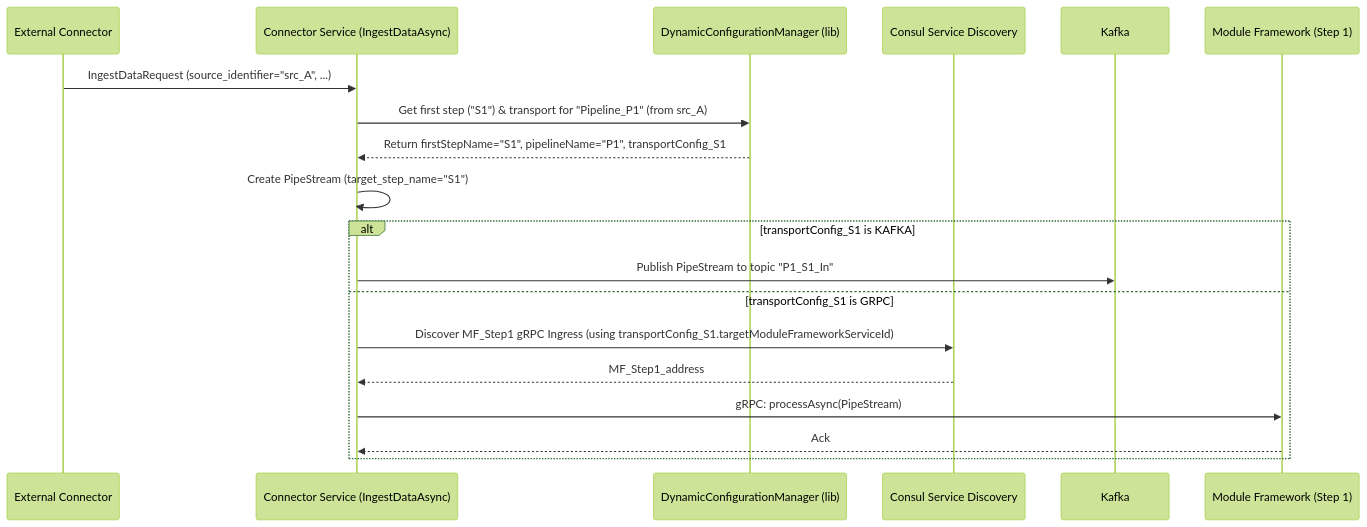
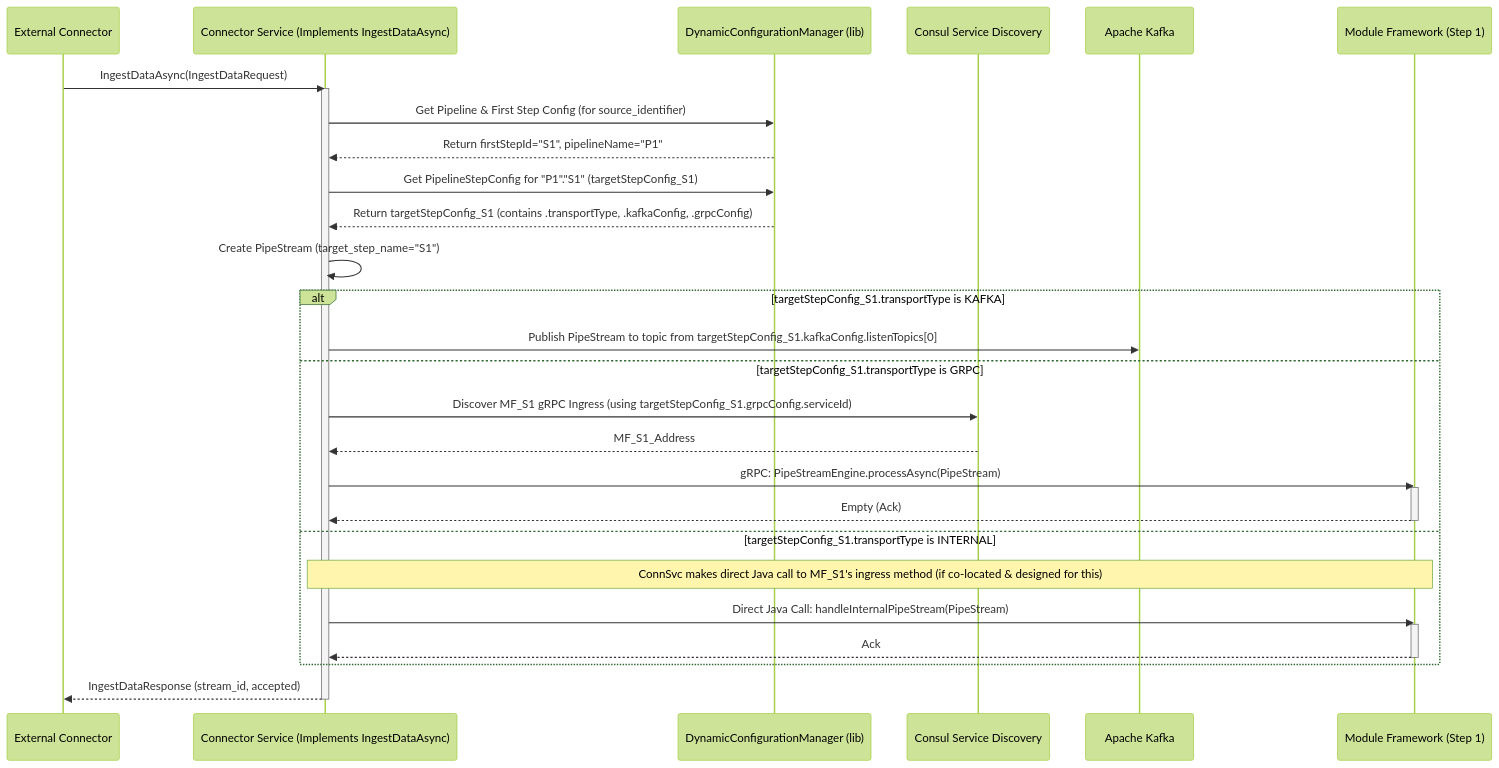
Before and after one commit to krickert/micronaut-multiproject-example: the fourth of 5 diagrams in docs/architecture_overview.md, drawn with Mermaid (forest theme). The commit also changed other lines of this file and 1 other file, not shown here.

````diff
--- a/docs/architecture_overview.md
+++ b/docs/architecture_overview.md
@@ -177,23 +323,36 @@
 ```mermaid
 sequenceDiagram
-    participant ExtConnector as External Connector
-    participant ConnectorService as Connector Service (IngestDataAsync)
+    participant ExtConn as External Connector
+    participant ConnSvc as Connector Service (Implements IngestDataAsync)
     participant DCM_CS as DynamicConfigurationManager (lib)
     participant Consul_SD as Consul Service Discovery
-    participant Kafka
-    participant MF_Step1 as Module Framework (Step 1)
+    participant KafkaBus as Apache Kafka
+    participant MF_S1 as Module Framework (Step 1)
 
-    ExtConnector->>ConnectorService: IngestDataRequest (source_identifier="src_A", ...)
-    ConnectorService->>DCM_CS: Get first step ("S1") & transport for "Pipeline_P1" (from src_A)
-    DCM_CS-->>ConnectorService: Return firstStepName="S1", pipelineName="P1", transportConfig_S1
-    ConnectorService->>ConnectorService: Create PipeStream (target_step_name="S1")
+    ExtConn->>ConnSvc: IngestDataAsync(IngestDataRequest)
+    activate ConnSvc
+    ConnSvc->>DCM_CS: Get Pipeline & First Step Config (for source_identifier)
+    DCM_CS-->>ConnSvc: Return firstStepId="S1", pipelineName="P1"
+    ConnSvc->>DCM_CS: Get PipelineStepConfig for "P1"."S1" (targetStepConfig_S1)
+    DCM_CS-->>ConnSvc: Return targetStepConfig_S1 (contains .transportType, .kafkaConfig, .grpcConfig)
+    ConnSvc->>ConnSvc: Create PipeStream (target_step_name="S1")
 
-    alt transportConfig_S1 is KAFKA
-        ConnectorService->>Kafka: Publish PipeStream to topic "P1_S1_In"
-    else transportConfig_S1 is GRPC
-        ConnectorService->>Consul_SD: Discover MF_Step1 gRPC Ingress (using transportConfig_S1.targetModuleFrameworkServiceId)
-        Consul_SD-->>ConnectorService: MF_Step1_address
-        ConnectorService->>MF_Step1: gRPC: processAsync(PipeStream)
-        MF_Step1-->>ConnectorService: Ack
+    alt targetStepConfig_S1.transportType is KAFKA
+        ConnSvc->>KafkaBus: Publish PipeStream to topic from targetStepConfig_S1.kafkaConfig.listenTopics[0]
+    else targetStepConfig_S1.transportType is GRPC
+        ConnSvc->>Consul_SD: Discover MF_S1 gRPC Ingress (using targetStepConfig_S1.grpcConfig.serviceId)
+        Consul_SD-->>ConnSvc: MF_S1_Address
+        ConnSvc->>MF_S1: gRPC: PipeStreamEngine.processAsync(PipeStream)
+        activate MF_S1
+        MF_S1-->>ConnSvc: Empty (Ack)
+        deactivate MF_S1
+    else targetStepConfig_S1.transportType is INTERNAL
+        Note over ConnSvc, MF_S1: ConnSvc makes direct Java call to MF_S1's ingress method (if co-located & designed for this)
+        ConnSvc->>MF_S1: Direct Java Call: handleInternalPipeStream(PipeStream)
+        activate MF_S1
+        MF_S1-->>ConnSvc: Ack
+        deactivate MF_S1
     end
+    ConnSvc-->>ExtConn: IngestDataResponse (stream_id, accepted)
+    deactivate ConnSvc
 ```
````
